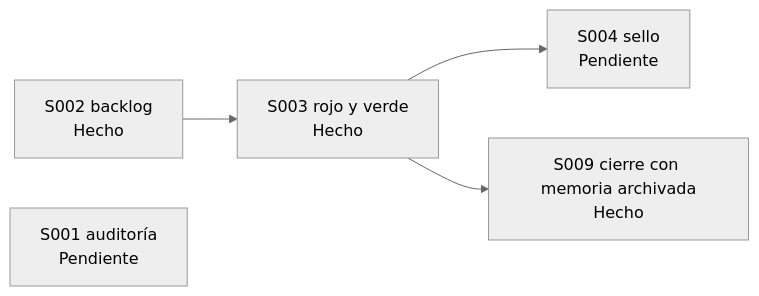
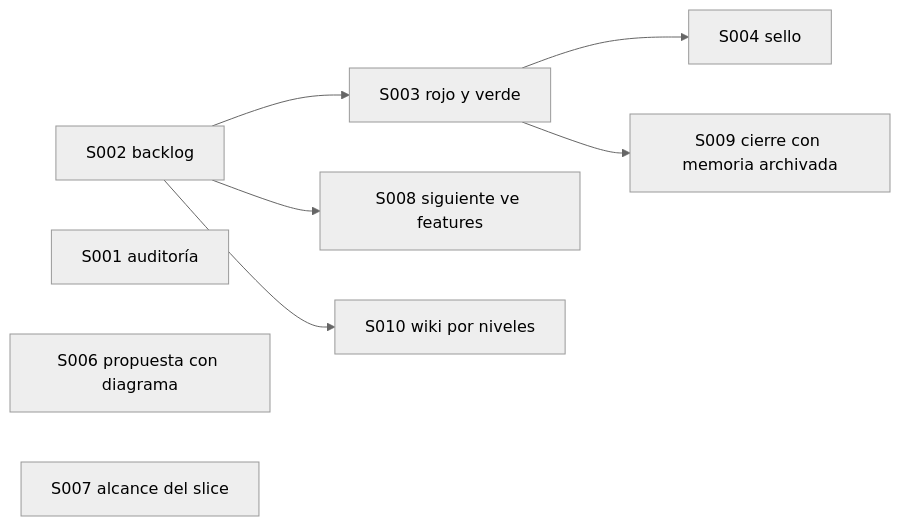
One commit to jliberal-aquas/aquas-central-harness-government changed the third of 3 diagrams in docs/E001/F002/README.md. Above: the diagram before and after it, drawn with Mermaid (neutral theme). The commit also changed other lines of this file and 42 other files, not shown here.

First line of the commit message:
E001/F002/S010: la wiki navega por niveles y cada padre se actualiza solo

````diff
--- a/docs/E001/F002/README.md
+++ b/docs/E001/F002/README.md
@@ -111,7 +118,11 @@
 ```mermaid
 flowchart LR
-    S2["S002 backlog<br/>Hecho"] --> S3["S003 rojo y verde<br/>Hecho"]
-    S3 --> S4["S004 sello<br/>Pendiente"]
-    S3 --> S9["S009 cierre con memoria archivada<br/>Hecho"]
-    S1["S001 auditoría<br/>Pendiente"]
+    S2["S002 backlog"] --> S3["S003 rojo y verde"]
+    S3 --> S4["S004 sello"]
+    S3 --> S9["S009 cierre con memoria archivada"]
+    S2 --> S8["S008 siguiente ve features"]
+    S2 --> S10["S010 wiki por niveles"]
+    S1["S001 auditoría"]
+    S6["S006 propuesta con diagrama"]
+    S7["S007 alcance del slice"]
 ```
````
